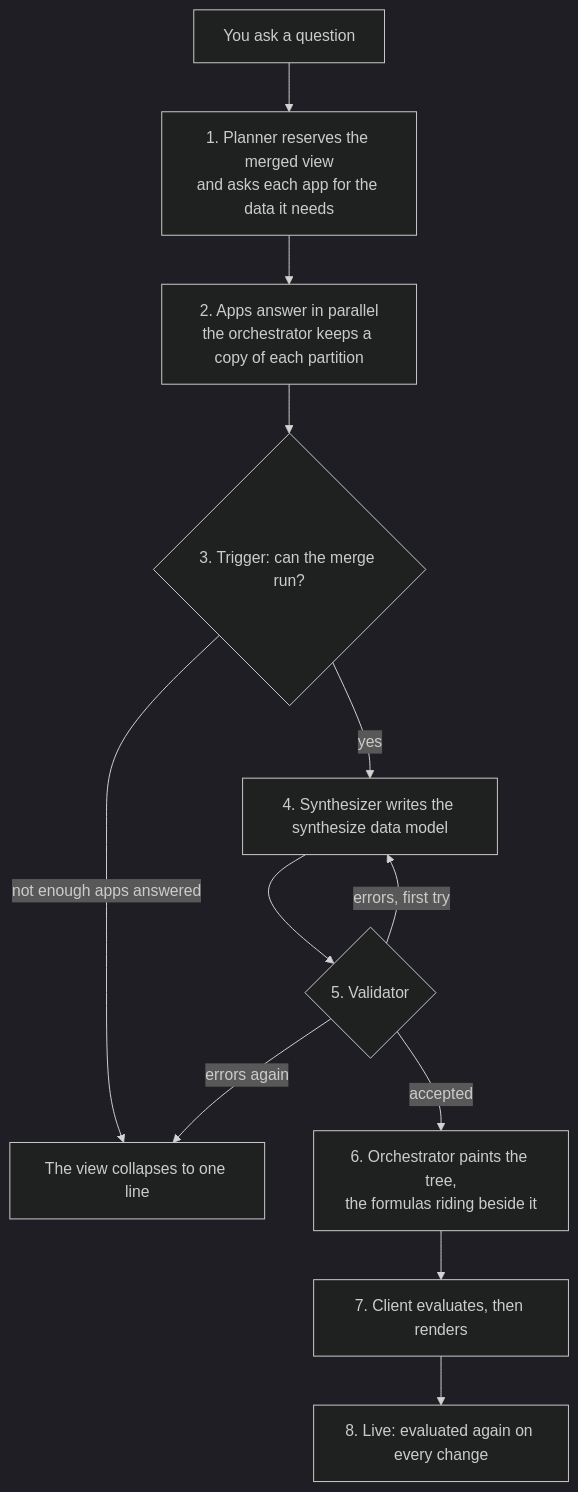
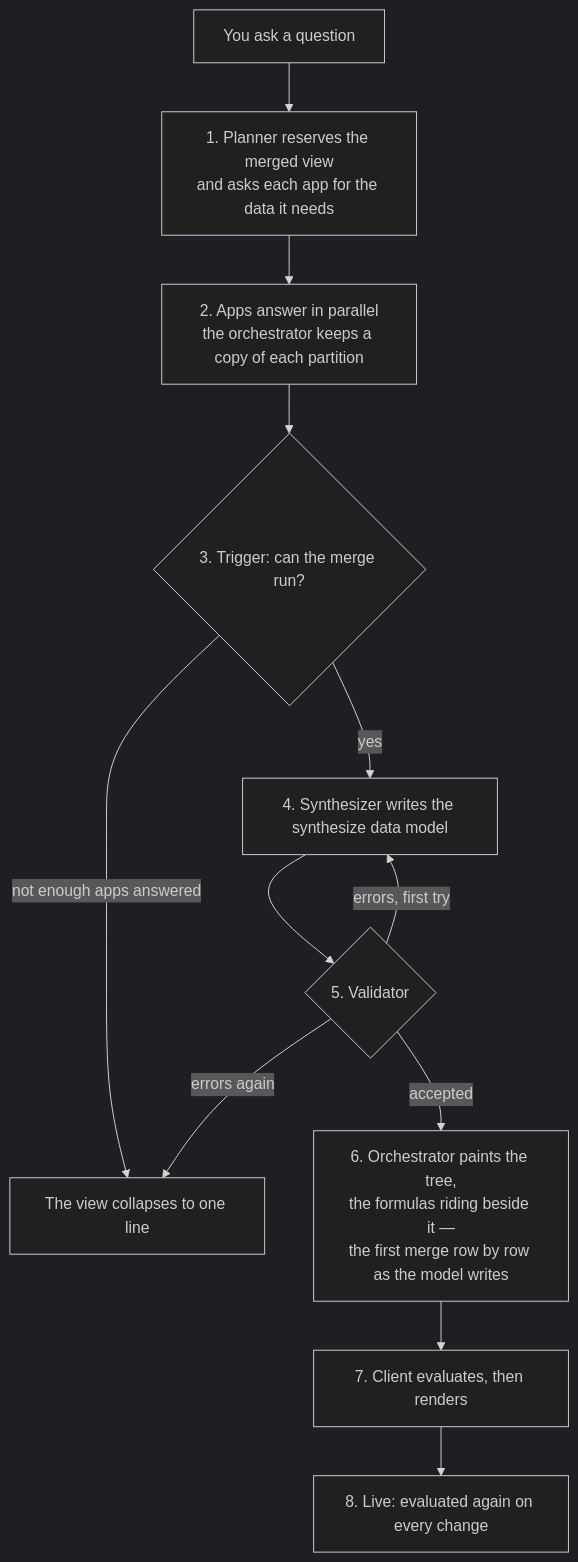
Before and after one commit to retz8/a2uiverse: the third of 7 diagrams in docs/design/synthesis.md, drawn with Mermaid (dark theme). The commit also changed other lines of this file and 39 other files, not shown here.

````diff
--- a/docs/design/synthesis.md
+++ b/docs/design/synthesis.md
@@ -233,14 +233,14 @@
 ```mermaid
 flowchart TD
     Q["You ask a question"] --> P["1. Planner reserves the merged view<br/>and asks each app for the data it needs"]
     P --> A["2. Apps answer in parallel<br/>the orchestrator keeps a copy of each partition"]
     A --> T{"3. Trigger: can the merge run?"}
     T -->|"not enough apps answered"| X["The view collapses to one line"]
     T -->|"yes"| S["4. Synthesizer writes the synthesize data model"]
     S --> V{"5. Validator"}
     V -->|"errors, first try"| S
     V -->|"errors again"| X
-    V -->|"accepted"| PT["6. Orchestrator paints the tree,<br/>the formulas riding beside it"]
+    V -->|"accepted"| PT["6. Orchestrator paints the tree,<br/>the formulas riding beside it —<br/>the first merge row by row as the model writes"]
     PT --> E["7. Client evaluates, then renders"]
     E --> LIVE["8. Live: evaluated again on every change"]
 ```
````
